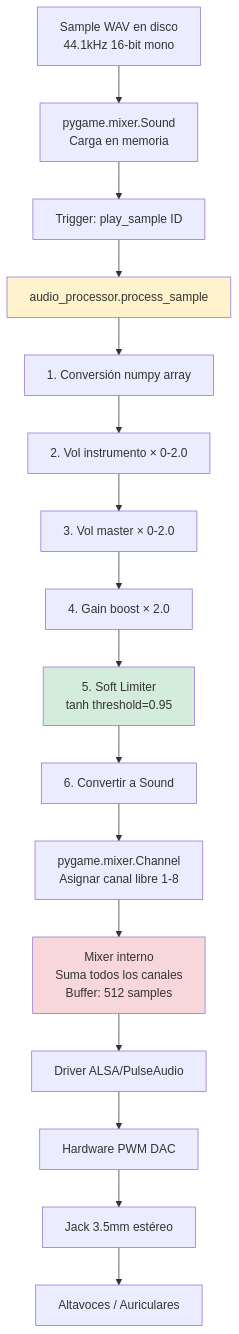
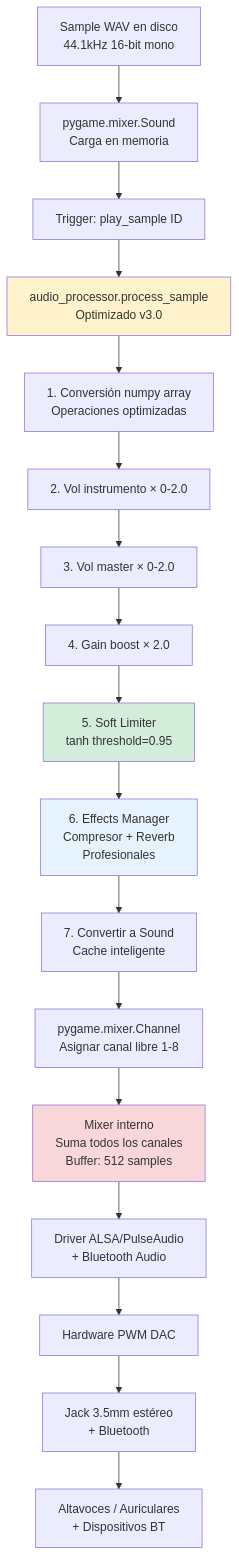
The sixth of 10 diagrams in docs/INFORME_TECNICO_PRODUCTO.md (Camionerou/TP-FINAL-2025-Drum-Machine), drawn with Mermaid before and after one commit. The commit also changed other lines of this file, not shown here.

````diff
--- a/docs/INFORME_TECNICO_PRODUCTO.md
+++ b/docs/INFORME_TECNICO_PRODUCTO.md
@@ -485,24 +589,26 @@
 ```mermaid
 graph TD
     A[Sample WAV en disco<br/>44.1kHz 16-bit mono] --> B[pygame.mixer.Sound<br/>Carga en memoria]
     B --> C[Trigger: play_sample ID]
-    C --> D[audio_processor.process_sample]
+    C --> D[audio_processor.process_sample<br/>Optimizado v3.0]
     
-    D --> E1[1. Conversión numpy array]
+    D --> E1[1. Conversión numpy array<br/>Operaciones optimizadas]
     E1 --> E2[2. Vol instrumento × 0-2.0]
     E2 --> E3[3. Vol master × 0-2.0]
     E3 --> E4[4. Gain boost × 2.0]
     E4 --> E5[5. Soft Limiter<br/>tanh threshold=0.95]
-    E5 --> E6[6. Convertir a Sound]
+    E5 --> FX[6. Effects Manager<br/>Compresor + Reverb<br/>Profesionales]
+    FX --> E6[7. Convertir a Sound<br/>Cache inteligente]
     
     E6 --> F[pygame.mixer.Channel<br/>Asignar canal libre 1-8]
     F --> G[Mixer interno<br/>Suma todos los canales<br/>Buffer: 512 samples]
-    G --> H[Driver ALSA/PulseAudio]
+    G --> H[Driver ALSA/PulseAudio<br/>+ Bluetooth Audio]
     H --> I[Hardware PWM DAC]
-    I --> J[Jack 3.5mm estéreo]
-    J --> K[Altavoces / Auriculares]
+    I --> J[Jack 3.5mm estéreo<br/>+ Bluetooth]
+    J --> K[Altavoces / Auriculares<br/>+ Dispositivos BT]
     
     style D fill:#fff3cd
     style E5 fill:#d4edda
+    style FX fill:#e6f3ff
     style G fill:#f8d7da
 ```
````
